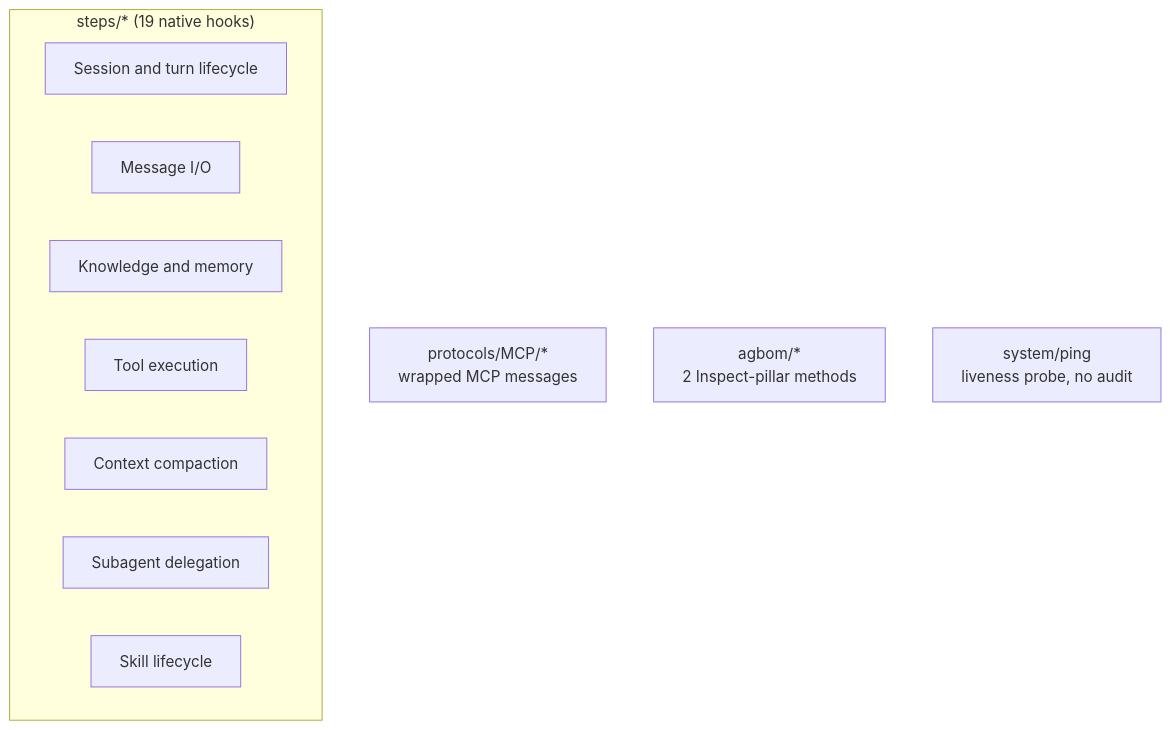
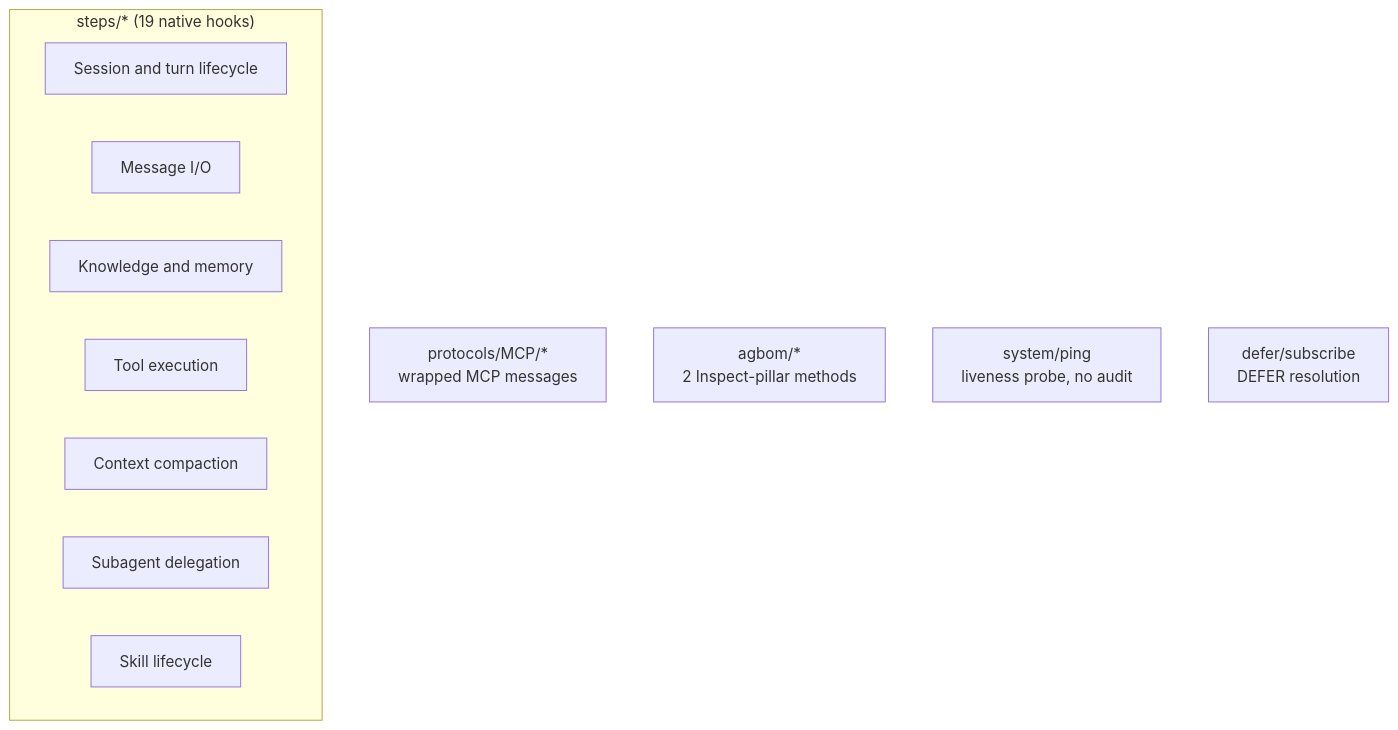
Before and after one commit to GenAI-Security-Project/agent-control-standard: the diagram in docs/spec/instrument/hooks.md, drawn with Mermaid. The commit also changed other lines of this file and 22 other files, not shown here.

First line of the commit message:
Define defer/subscribe for DEFER resolution

````diff
--- a/docs/spec/instrument/hooks.md
+++ b/docs/spec/instrument/hooks.md
@@ -9,15 +9,16 @@
 ```mermaid
 flowchart TB
     subgraph Steps["steps/* (19 native hooks)"]
         L["Session and turn lifecycle"]
         M["Message I/O"]
         K["Knowledge and memory"]
         T["Tool execution"]
         C["Context compaction"]
         S["Subagent delegation"]
         SK["Skill lifecycle"]
     end
     Wrapped["protocols/MCP/*<br/>wrapped MCP messages"]
     Inspect["agbom/*<br/>2 Inspect-pillar methods"]
     Liveness["system/ping<br/>liveness probe, no audit"]
+    Resolution["defer/subscribe<br/>DEFER resolution"]
 ```
````
